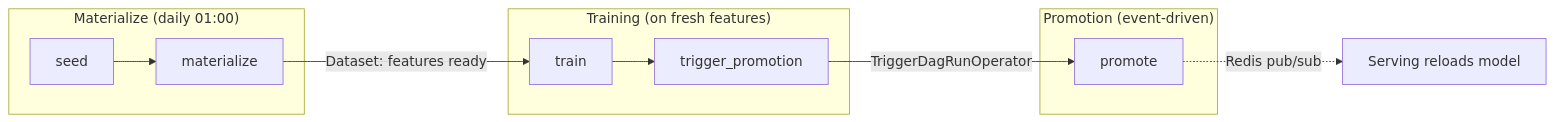
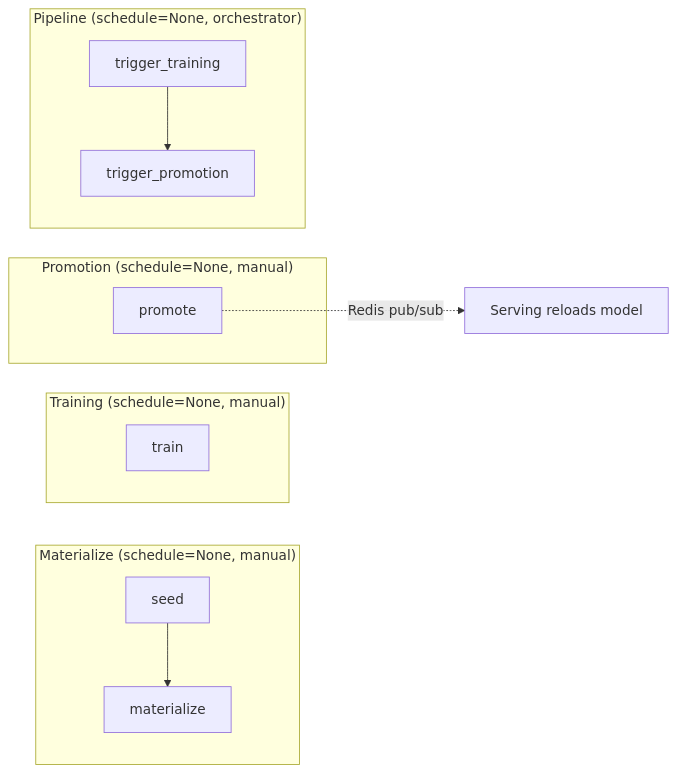
One commit to pierreWagou/vroom-forecast changed the first of 2 diagrams in airflow/README.md. Above: the diagram before and after it, drawn with Mermaid. The commit also changed other lines of this file and 12 other files, not shown here.

````diff
--- a/airflow/README.md
+++ b/airflow/README.md
@@ -8,18 +8,20 @@
 ```mermaid
 graph LR
-    subgraph "Materialize (daily 01:00)"
+    subgraph "Materialize (schedule=None, manual)"
         S[seed] --> M[materialize]
     end
 
-    subgraph "Training (on fresh features)"
-        T[train] --> TP[trigger_promotion]
+    subgraph "Training (schedule=None, manual)"
+        T[train]
     end
 
-    subgraph "Promotion (event-driven)"
+    subgraph "Promotion (schedule=None, manual)"
         P[promote]
     end
 
-    M -->|Dataset: features ready| T
-    TP -->|TriggerDagRunOperator| P
+    subgraph "Pipeline (schedule=None, orchestrator)"
+        TT[trigger_training] --> TP[trigger_promotion]
+    end
+
     P -.->|Redis pub/sub| SRV[Serving reloads model]
 ```
````
